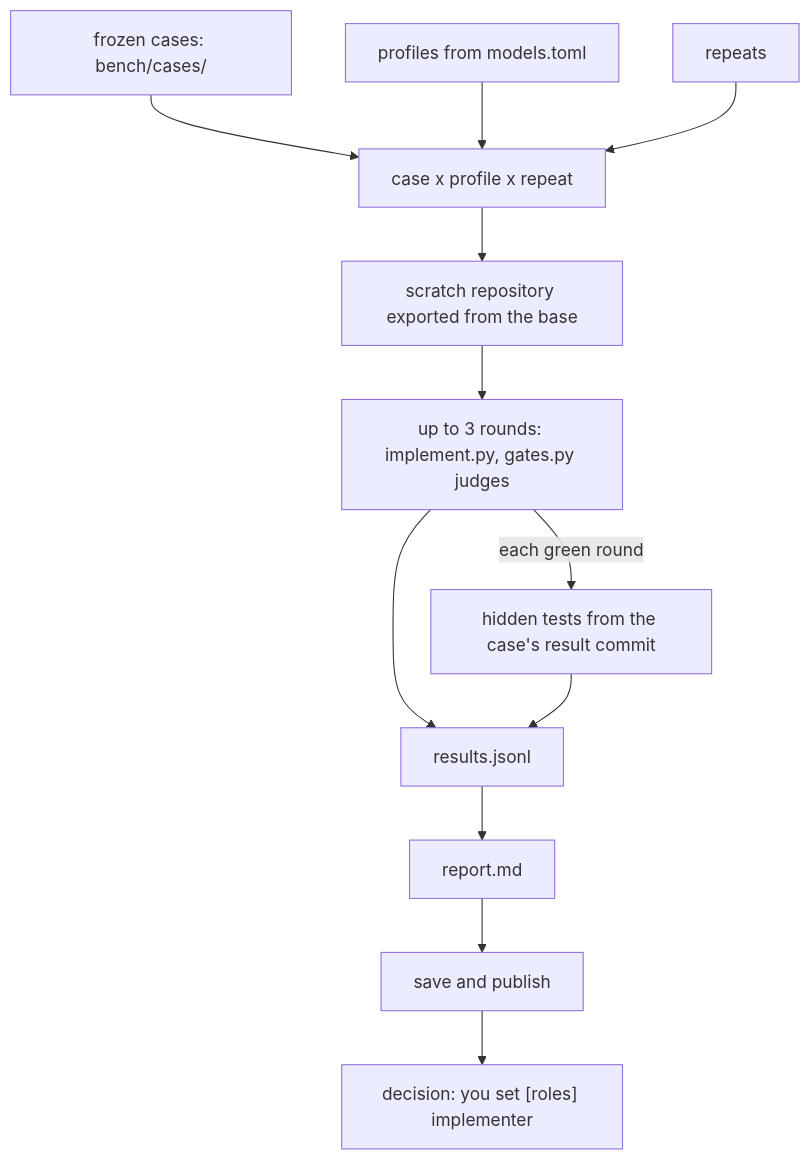
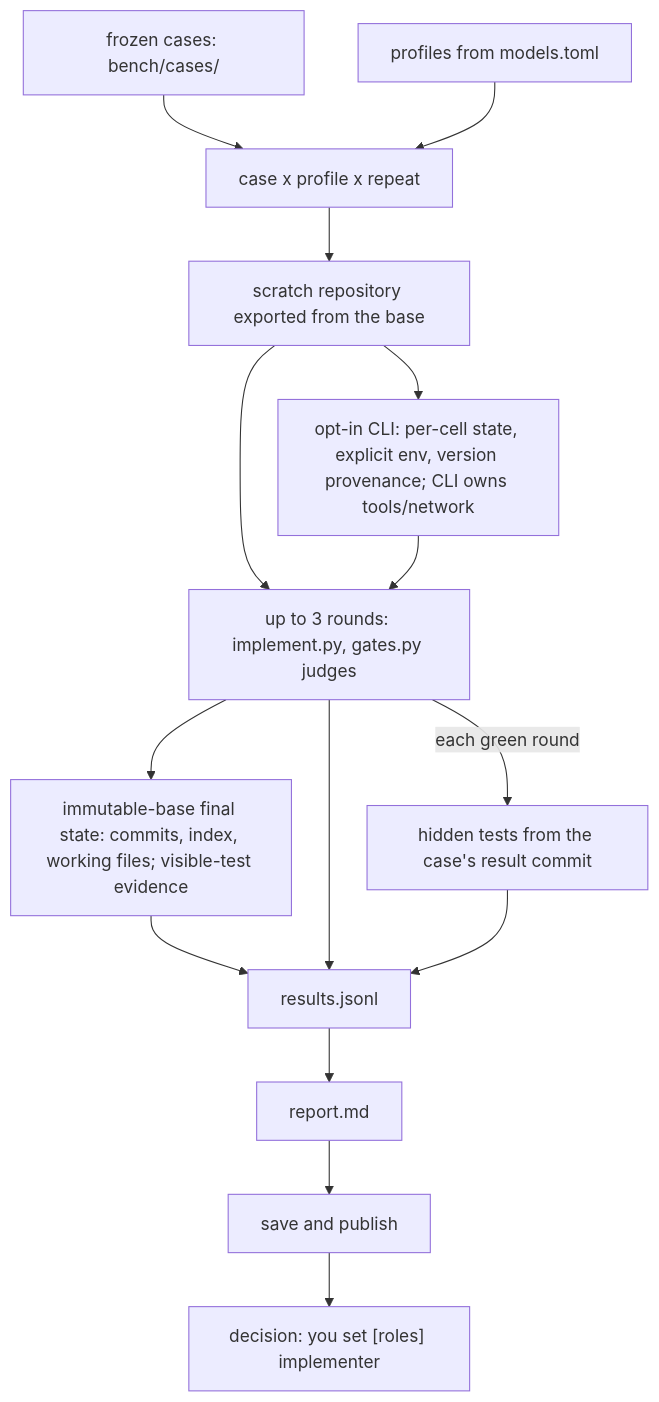
Before and after one commit to jakos/claude-baseline: the diagram in docs/task-flow/benchmark.md, drawn with Mermaid. The commit also changed other lines of this file and 13 other files, not shown here.

````diff
--- a/docs/task-flow/benchmark.md
+++ b/docs/task-flow/benchmark.md
@@ -88,25 +97,29 @@
 ```mermaid
 flowchart TD
   cases["frozen cases: bench/cases/"]
   profs["profiles from models.toml"]
-  reps["repeats"]
   comb["case x profile x repeat"]
   scratch["scratch repository exported from the base"]
   rounds["up to 3 rounds: implement.py, gates.py judges"]
+  cli["opt-in CLI: per-cell state, explicit env, version provenance; CLI owns tools/network"]
+  state["immutable-base final state: commits, index, working files; visible-test evidence"]
   hidden["hidden tests from the case's result commit"]
   results["results.jsonl"]
   report["report.md"]
   pub["save and publish"]
   decision["decision: you set [roles] implementer"]
   cases --> comb
   profs --> comb
-  reps --> comb
   comb --> scratch
   scratch --> rounds
+  scratch --> cli
+  cli --> rounds
+  rounds --> state
+  state --> results
   rounds -->|each green round| hidden
   rounds --> results
   hidden --> results
   results --> report
   report --> pub
   pub --> decision
 ```
````
